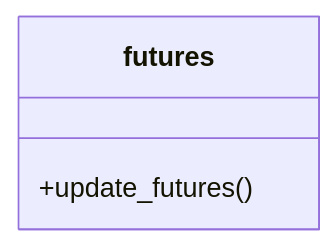
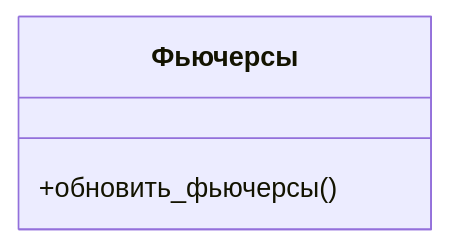
One commit to Marat22/MiriadRobotDocs changed the sixth of 11 diagrams in controller-logic.md. Above: the diagram before and after it, drawn with Mermaid. The commit also changed other lines of this file, not shown here.

````diff
--- a/controller-logic.md
+++ b/controller-logic.md
@@ -150,6 +161,6 @@
 ```mermaid
 classDiagram
-    class futures{
-      +update_futures()
+    class Фьючерсы{
+      +обновить_фьючерсы()
     }
 ```
````
